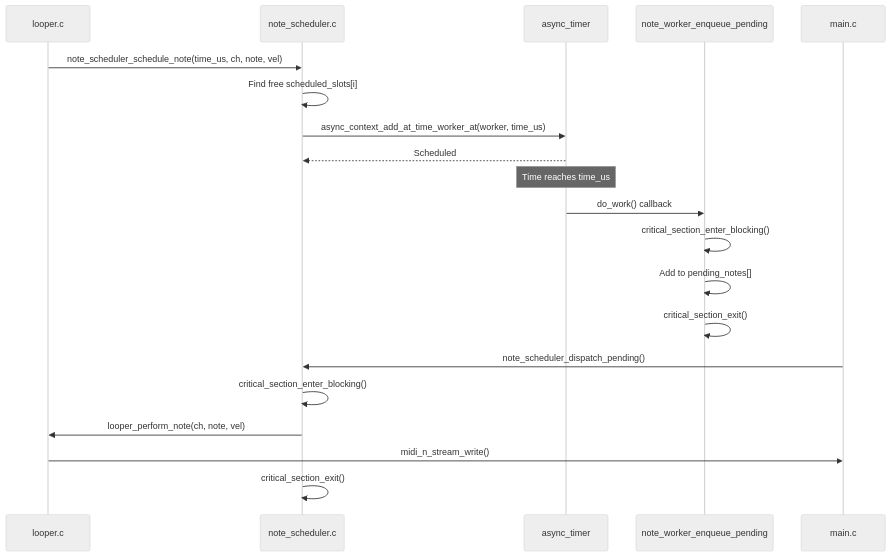
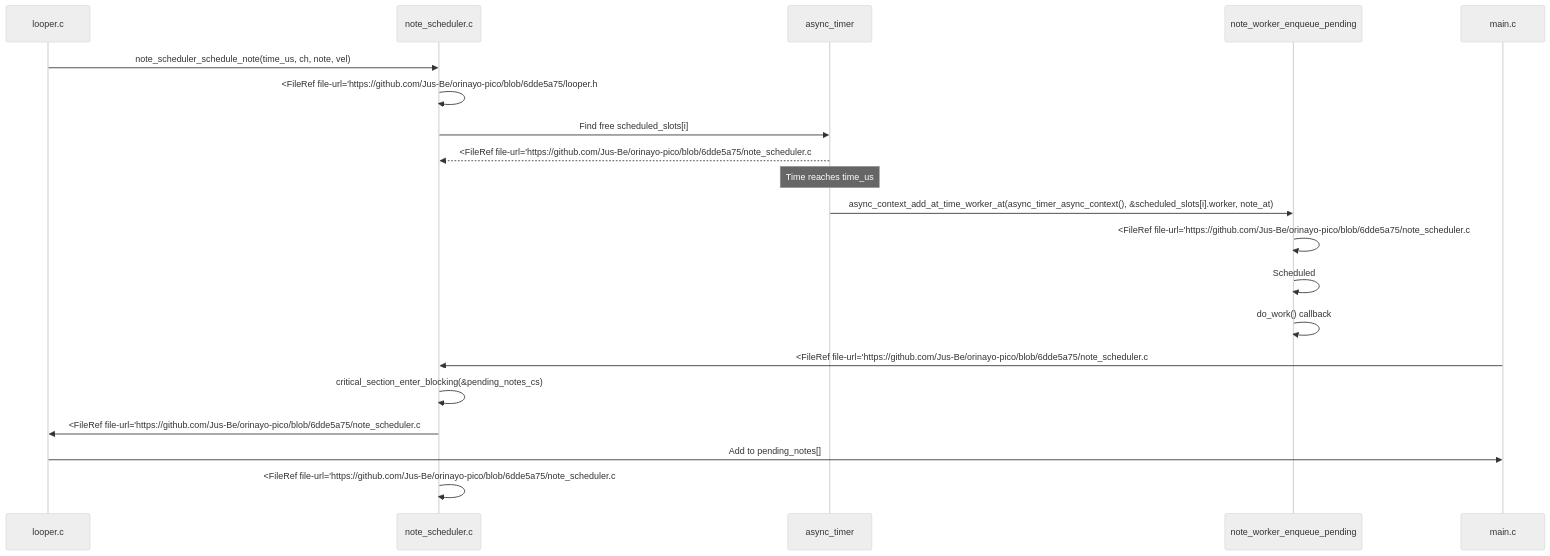
Before and after one commit to Jus-Be/orinayo-pico: the sixth of 6 diagrams in wiki/8.1-asynchronous-timer.md, drawn with Mermaid (neutral theme). The commit also changed other lines of this file and 42 other files, not shown here.

````diff
--- a/wiki/8.1-asynchronous-timer.md
+++ b/wiki/8.1-asynchronous-timer.md
@@ -273,23 +281,23 @@
 ```mermaid
 sequenceDiagram
   participant looper.c
   participant note_scheduler.c
   participant async_timer
   participant note_worker_enqueue_pending
   participant main.c
 
   looper.c->>note_scheduler.c: note_scheduler_schedule_note(time_us, ch, note, vel)
-  note_scheduler.c->>note_scheduler.c: Find free scheduled_slots[i]
-  note_scheduler.c->>async_timer: async_context_add_at_time_worker_at(worker, time_us)
-  async_timer-->>note_scheduler.c: Scheduled
+  note_scheduler.c->>note_scheduler.c: <FileRef file-url='https://github.com/Jus-Be/orinayo-pico/blob/6dde5a75/looper.h
+  note_scheduler.c->>async_timer: Find free scheduled_slots[i]
+  async_timer-->>note_scheduler.c: <FileRef file-url='https://github.com/Jus-Be/orinayo-pico/blob/6dde5a75/note_scheduler.c
   note over async_timer: Time reaches time_us
-  async_timer->>note_worker_enqueue_pending: do_work() callback
-  note_worker_enqueue_pending->>note_worker_enqueue_pending: critical_section_enter_blocking()
-  note_worker_enqueue_pending->>note_worker_enqueue_pending: Add to pending_notes[]
-  note_worker_enqueue_pending->>note_worker_enqueue_pending: critical_section_exit()
-  main.c->>note_scheduler.c: note_scheduler_dispatch_pending()
-  note_scheduler.c->>note_scheduler.c: critical_section_enter_blocking()
-  note_scheduler.c->>looper.c: looper_perform_note(ch, note, vel)
-  looper.c->>main.c: midi_n_stream_write()
-  note_scheduler.c->>note_scheduler.c: critical_section_exit()
+  async_timer->>note_worker_enqueue_pending: async_context_add_at_time_worker_at(async_timer_async_context(), &scheduled_slots[i].worker, note_at)
+  note_worker_enqueue_pending->>note_worker_enqueue_pending: <FileRef file-url='https://github.com/Jus-Be/orinayo-pico/blob/6dde5a75/note_scheduler.c
+  note_worker_enqueue_pending->>note_worker_enqueue_pending: Scheduled
+  note_worker_enqueue_pending->>note_worker_enqueue_pending: do_work() callback
+  main.c->>note_scheduler.c: <FileRef file-url='https://github.com/Jus-Be/orinayo-pico/blob/6dde5a75/note_scheduler.c
+  note_scheduler.c->>note_scheduler.c: critical_section_enter_blocking(&pending_notes_cs)
+  note_scheduler.c->>looper.c: <FileRef file-url='https://github.com/Jus-Be/orinayo-pico/blob/6dde5a75/note_scheduler.c
+  looper.c->>main.c: Add to pending_notes[]
+  note_scheduler.c->>note_scheduler.c: <FileRef file-url='https://github.com/Jus-Be/orinayo-pico/blob/6dde5a75/note_scheduler.c
 ```
````
